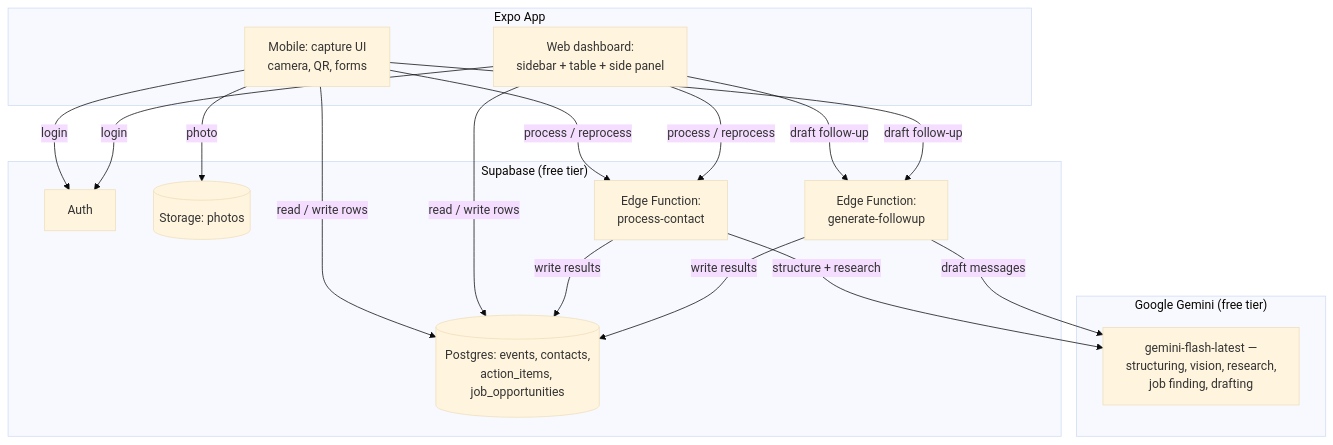
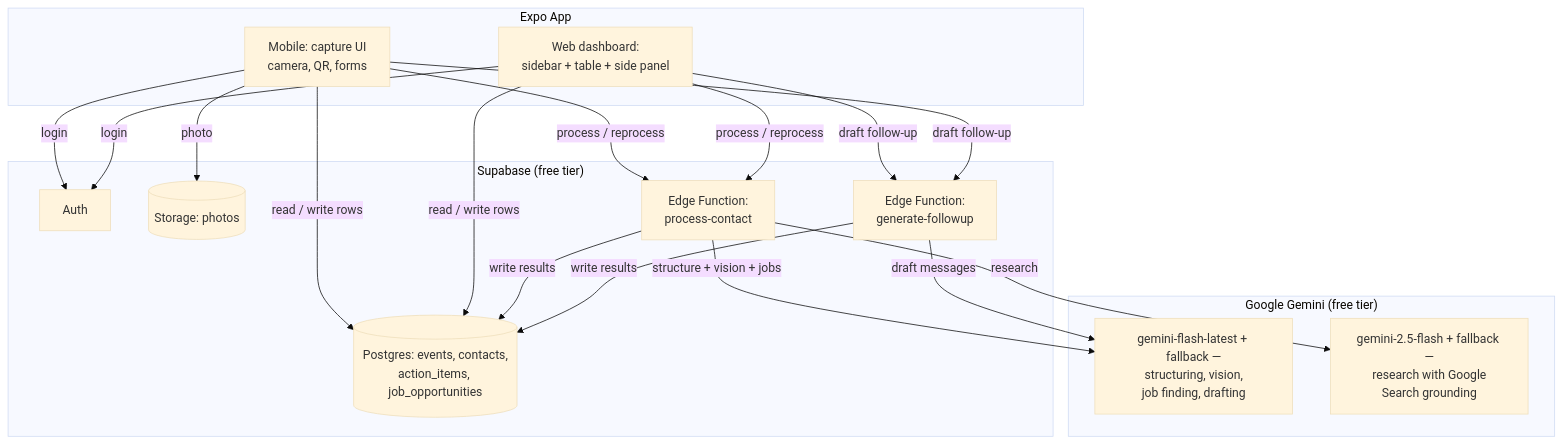
One commit to SnehMistry/boothbuddy changed the diagram in README.md. Above: the diagram before and after it, drawn with Mermaid (base theme). The commit also changed other lines of this file and 18 other files, not shown here.

````diff
--- a/README.md
+++ b/README.md
@@ -92,33 +123,35 @@
 ```mermaid
 flowchart TD
     subgraph Client["Expo App"]
         Mobile[Mobile: capture UI<br/>camera, QR, forms]
         Web[Web dashboard:<br/>sidebar + table + side panel]
     end
 
     subgraph Supabase["Supabase (free tier)"]
         Auth[Auth]
         DB[(Postgres: events, contacts,<br/>action_items, job_opportunities)]
         Storage[(Storage: photos)]
         Structure[Edge Function:<br/>process-contact]
         Draft[Edge Function:<br/>generate-followup]
     end
 
     subgraph AI["Google Gemini (free tier)"]
-        Gemini[gemini-flash-latest —<br/>structuring, vision, research,<br/>job finding, drafting]
+        Gemini[gemini-flash-latest + fallback —<br/>structuring, vision,<br/>job finding, drafting]
+        Grounded[gemini-2.5-flash + fallback —<br/>research with Google<br/>Search grounding]
     end
 
     Mobile -->|photo| Storage
     Mobile -->|read / write rows| DB
     Web -->|read / write rows| DB
     Mobile -->|login| Auth
     Web -->|login| Auth
     Mobile -->|process / reprocess| Structure
     Web -->|process / reprocess| Structure
     Web -->|draft follow-up| Draft
     Mobile -->|draft follow-up| Draft
-    Structure -->|structure + research| Gemini
+    Structure -->|structure + vision + jobs| Gemini
+    Structure -->|research| Grounded
     Draft -->|draft messages| Gemini
     Structure -->|write results| DB
     Draft -->|write results| DB
 ```
````
